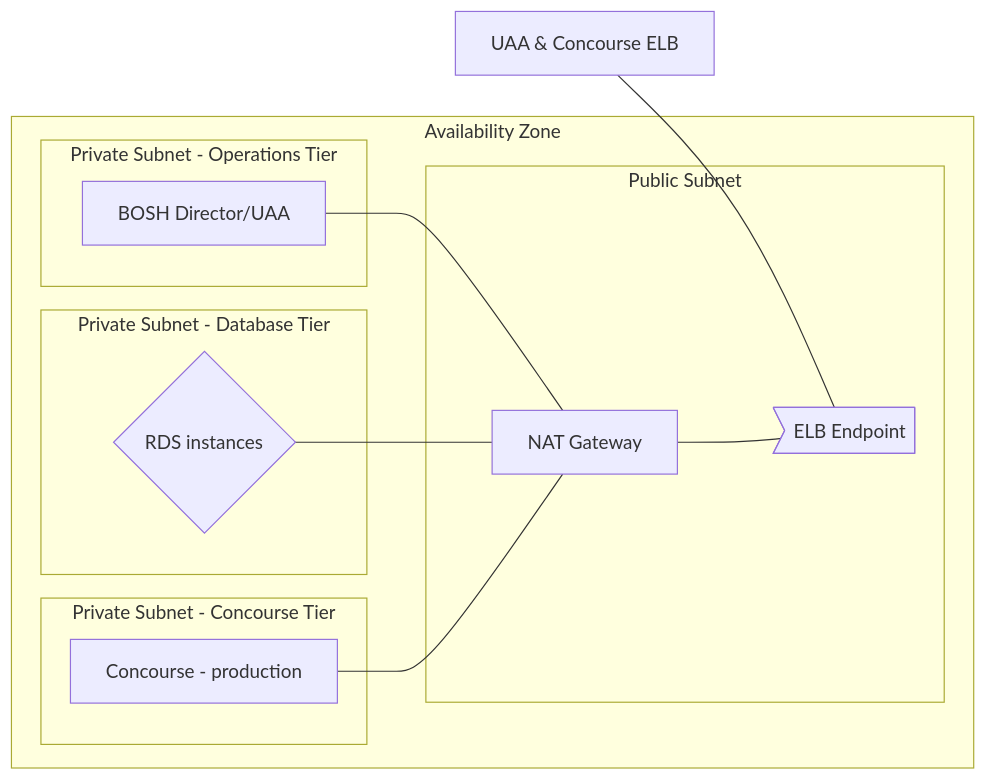
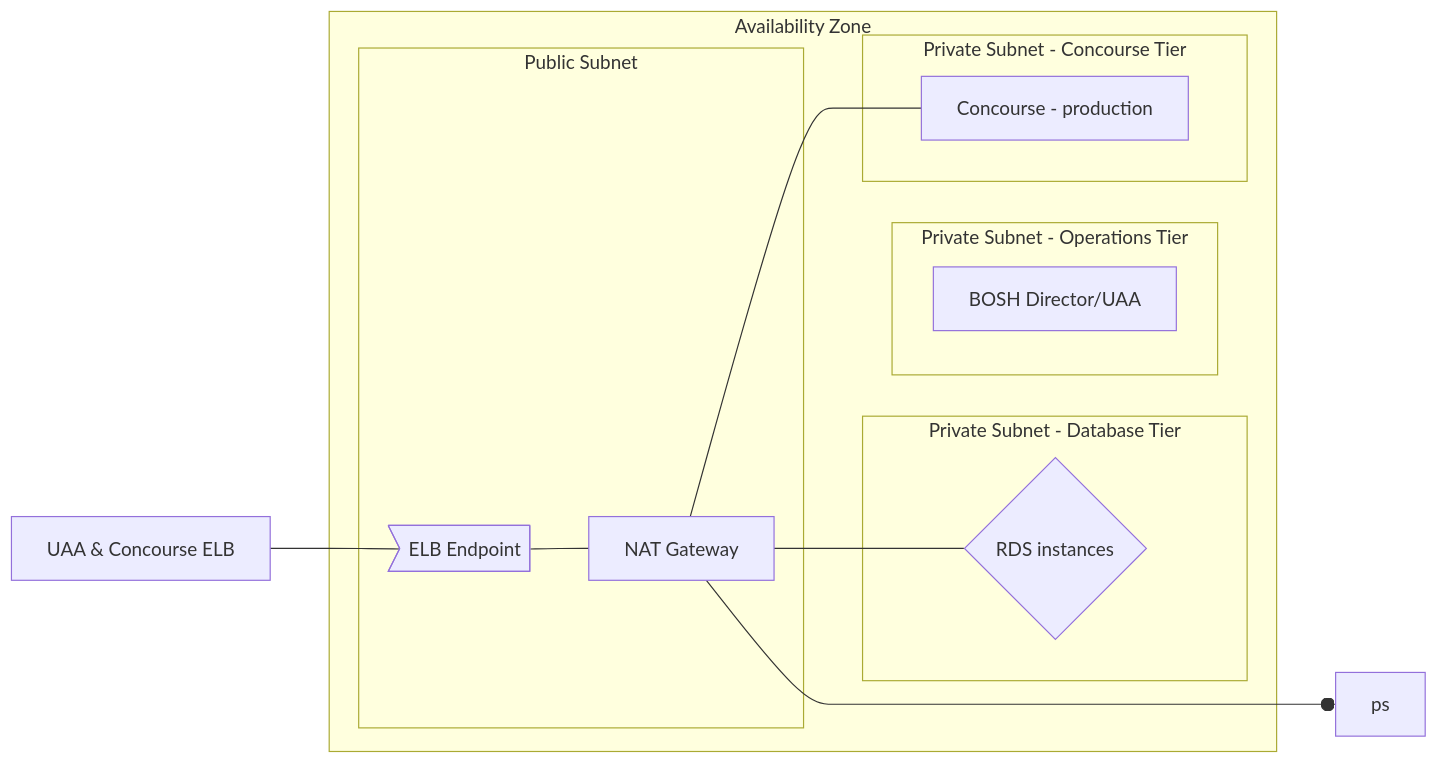
The diagram in source/diagrams/10-1.3-tooling-az.mmd (cloud-gov/system-diagrams), drawn with Mermaid before and after one commit. The commit also changed 1 other file, not shown here.

Commit message:
flip the orientation of the AZ diagrams

```diff
--- a/source/diagrams/10-1.3-tooling-az.mmd
+++ b/source/diagrams/10-1.3-tooling-az.mmd
@@ -1,26 +1,26 @@
 %% title: 10-1.3 Tooling Availability Zone
 %% description: Section 10 - System Environment - 0-1.3 Tooling Availability Zone
 graph LR
   subgraph Availability Zone
     subgraph Public Subnet
       nat["NAT Gateway"]
       elb-endpoint>"ELB Endpoint"]
     end
     subgraph Private Subnet - Operations Tier
       ops["BOSH Director/UAA"]
     end
     subgraph Private Subnet - Database Tier
       rds{"RDS instances"}
     end
     subgraph Private Subnet - Concourse Tier
       concourse["Concourse - production"]
     end
   end
   ops-elb["UAA & Concourse ELB"]
 
   ops-elb---elb-endpoint
 
-  nat---elb-endpoint
-  ops---nat
-  rds---nat
-  concourse---nat
+  elb-endpoint---nat
+  nat---ops
+  nat---rds
+  nat---concourse
```
